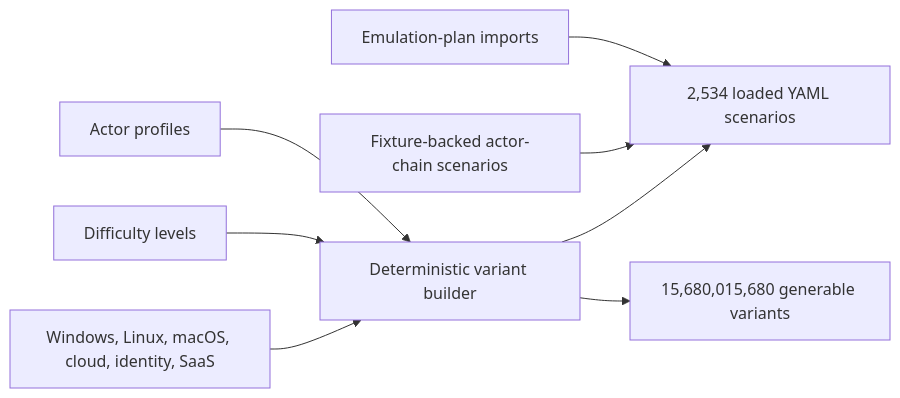
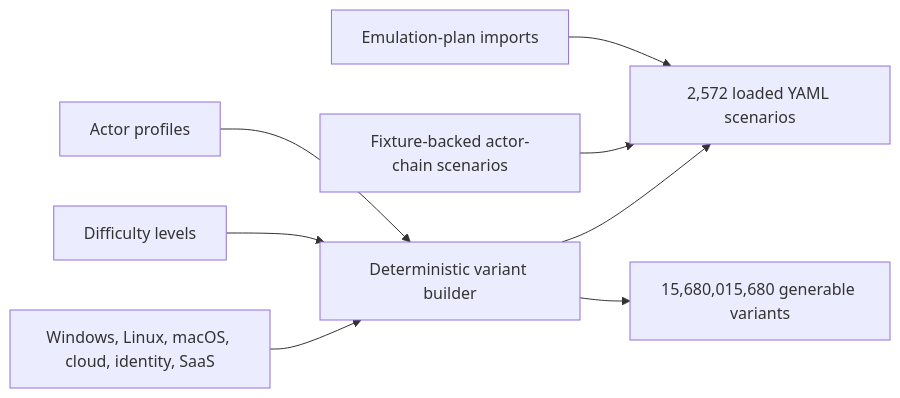
Before and after one commit to omarbabba779xx/APT-Simulator: the fourth of 5 diagrams in README.md, drawn with Mermaid. The commit also changed other lines of this file and 58 other files, not shown here.

````diff
--- a/README.md
+++ b/README.md
@@ -85,10 +85,10 @@
 ```mermaid
 flowchart LR
     Actors["Actor profiles"] --> Variants["Deterministic variant builder"]
     Difficulty["Difficulty levels"] --> Variants
     Platforms["Windows, Linux, macOS, cloud, identity, SaaS"] --> Variants
-    AEL["Emulation-plan imports"] --> Loaded["2,534 loaded YAML scenarios"]
+    AEL["Emulation-plan imports"] --> Loaded["2,572 loaded YAML scenarios"]
     Validated["Fixture-backed actor-chain scenarios"] --> Loaded
     Variants --> Loaded
     Variants --> Space["15,680,015,680 generable variants"]
 ```
````
